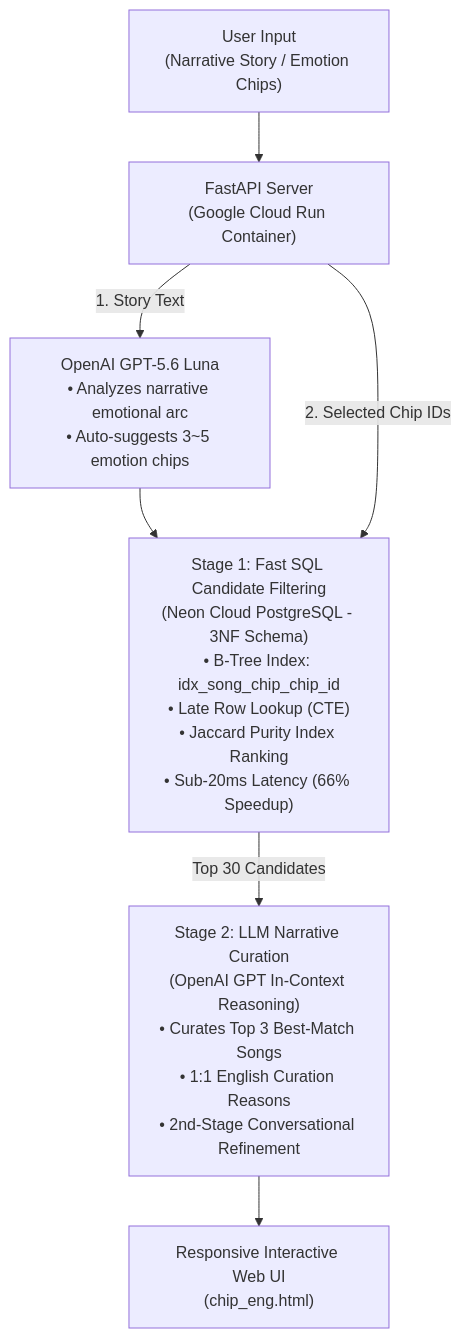
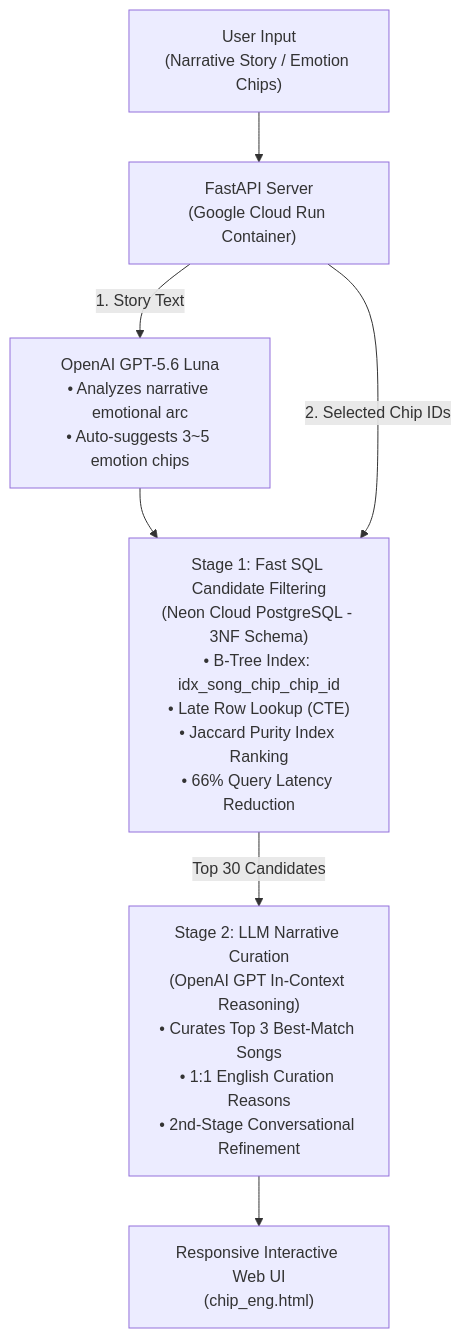
One commit to caseyYtchoo/chip-music-recommendation-eng changed the second of 2 diagrams in README.md. Above: the diagram before and after it, drawn with Mermaid.

````diff
--- a/README.md
+++ b/README.md
@@ -55,13 +55,13 @@
 ```mermaid
 flowchart TD
     User["User Input\n(Narrative Story / Emotion Chips)"] --> FastAPI["FastAPI Server\n(Google Cloud Run Container)"]
     
     FastAPI -->|"1. Story Text"| GPT_Chips["OpenAI GPT-5.6 Luna\n• Analyzes narrative emotional arc\n• Auto-suggests 3~5 emotion chips"]
     GPT_Chips --> DB
     
-    FastAPI -->|"2. Selected Chip IDs"| DB["Stage 1: Fast SQL Candidate Filtering\n(Neon Cloud PostgreSQL - 3NF Schema)\n• B-Tree Index: idx_song_chip_chip_id\n• Late Row Lookup (CTE)\n• Jaccard Purity Index Ranking\n• Sub-20ms Latency (66% Speedup)"]
+    FastAPI -->|"2. Selected Chip IDs"| DB["Stage 1: Fast SQL Candidate Filtering\n(Neon Cloud PostgreSQL - 3NF Schema)\n• B-Tree Index: idx_song_chip_chip_id\n• Late Row Lookup (CTE)\n• Jaccard Purity Index Ranking\n• 66% Query Latency Reduction"]
     
     DB -->|"Top 30 Candidates"| Curation["Stage 2: LLM Narrative Curation\n(OpenAI GPT In-Context Reasoning)\n• Curates Top 3 Best-Match Songs\n• 1:1 English Curation Reasons\n• 2nd-Stage Conversational Refinement"]
     
     Curation --> UI["Responsive Interactive Web UI\n(chip_eng.html)"]
 ```
````
